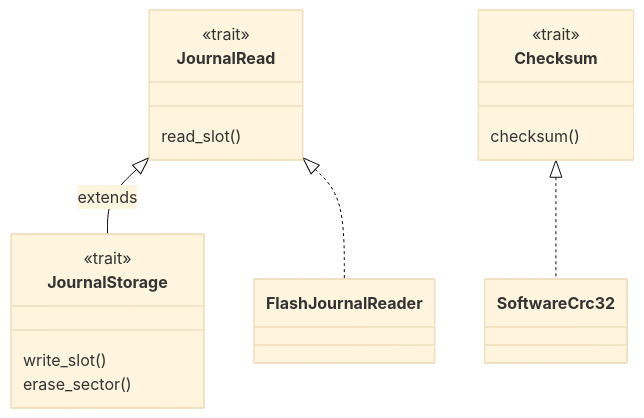
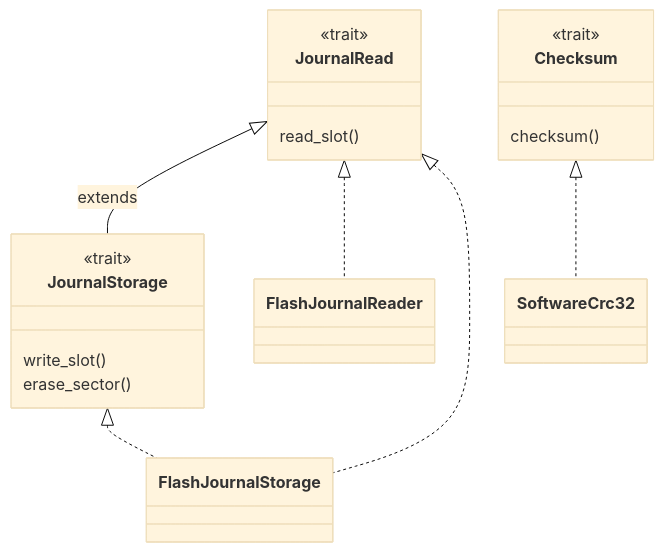
The second of 4 diagrams in docs/architecture/interfaces.md (ebe542/hexaroam), drawn with Mermaid (base theme) before and after one commit. The commit also changed other lines of this file and 10 other files, not shown here.

Commit message:
Add Pico flash journal storage backend

````diff
--- a/docs/architecture/interfaces.md
+++ b/docs/architecture/interfaces.md
@@ -39,21 +39,24 @@
 ```mermaid
 classDiagram
     class JournalRead {
         <<trait>>
         read_slot()
     }
     class JournalStorage {
         <<trait>>
         write_slot()
         erase_sector()
     }
     class Checksum {
         <<trait>>
         checksum()
     }
     class FlashJournalReader
+    class FlashJournalStorage
     class SoftwareCrc32
     JournalRead <|-- JournalStorage : extends
     JournalRead <|.. FlashJournalReader
+    JournalRead <|.. FlashJournalStorage
+    JournalStorage <|.. FlashJournalStorage
     Checksum <|.. SoftwareCrc32
 ```
````
